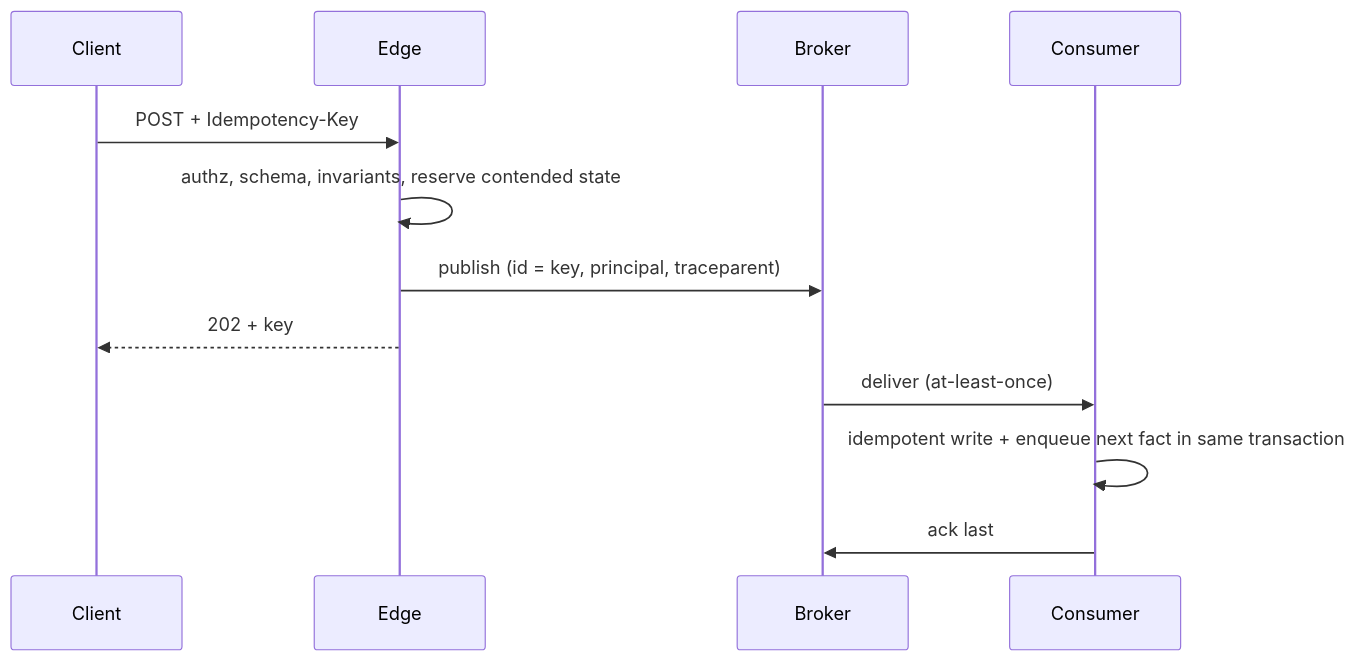
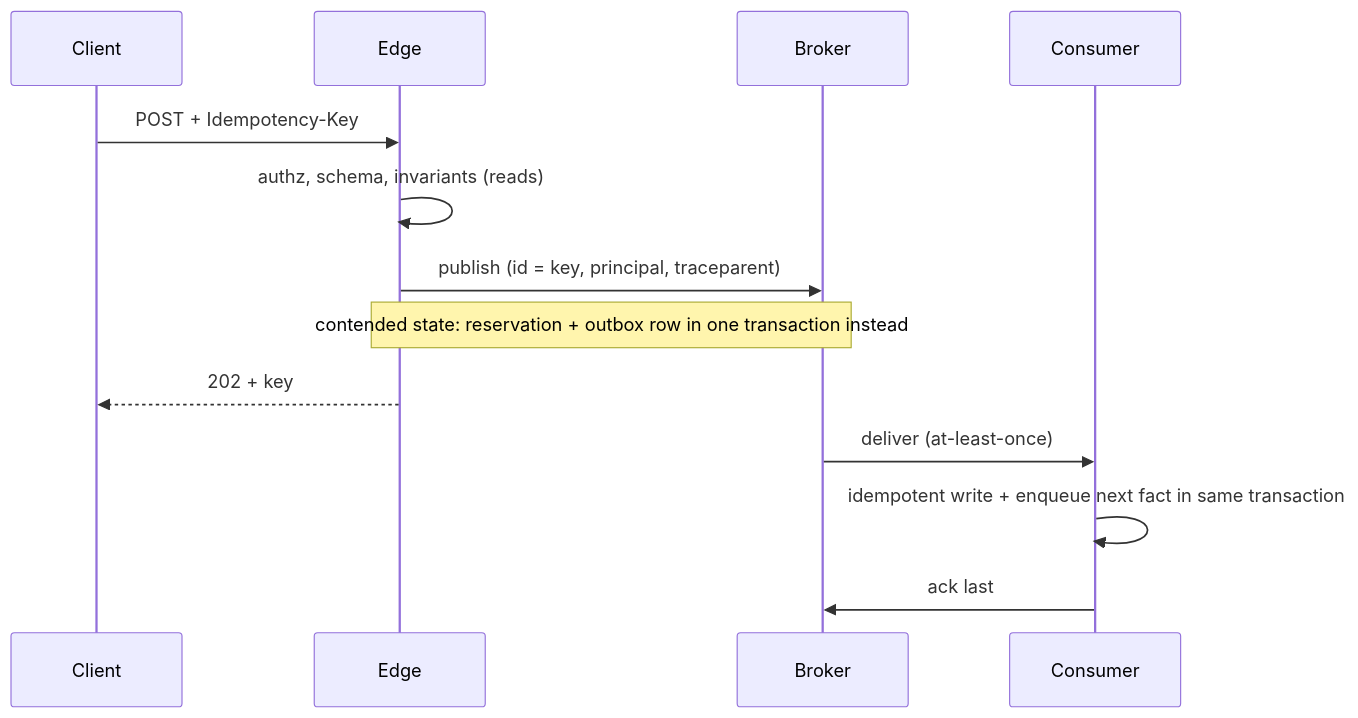
Before and after one commit to epiccoolguy/autonix: the diagram in home/skills/simple-architecture/reference/communication.md, drawn with Mermaid. The commit also changed other lines of this file, not shown here.

Commit message:
fix(skills): make reservation and publish one transaction

````diff
--- a/home/skills/simple-architecture/reference/communication.md
+++ b/home/skills/simple-architecture/reference/communication.md
@@ -15,14 +15,15 @@
 ```mermaid
 sequenceDiagram
     participant C as Client
     participant E as Edge
     participant B as Broker
     participant W as Consumer
     C->>E: POST + Idempotency-Key
-    E->>E: authz, schema, invariants, reserve contended state
+    E->>E: authz, schema, invariants (reads)
     E->>B: publish (id = key, principal, traceparent)
+    Note over E,B: contended state: reservation + outbox row in one transaction instead
     E-->>C: 202 + key
     B->>W: deliver (at-least-once)
     W->>W: idempotent write + enqueue next fact in same transaction
     W->>B: ack last
 ```
````
